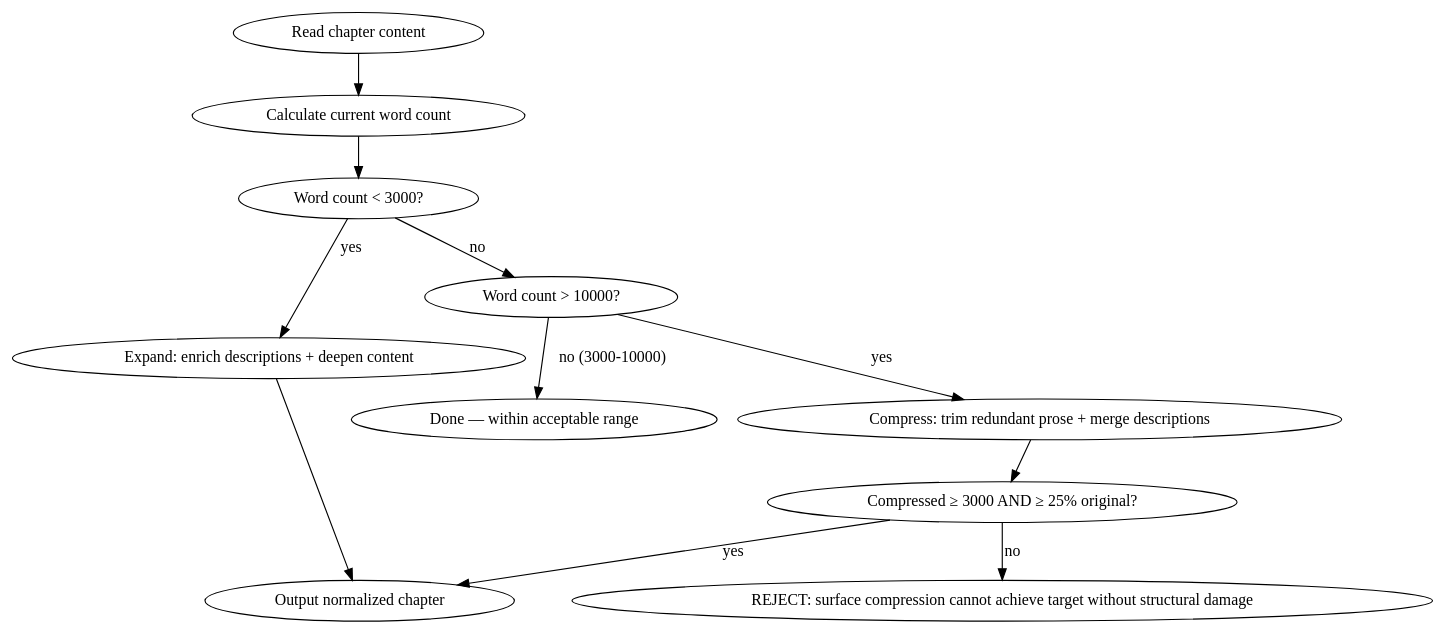
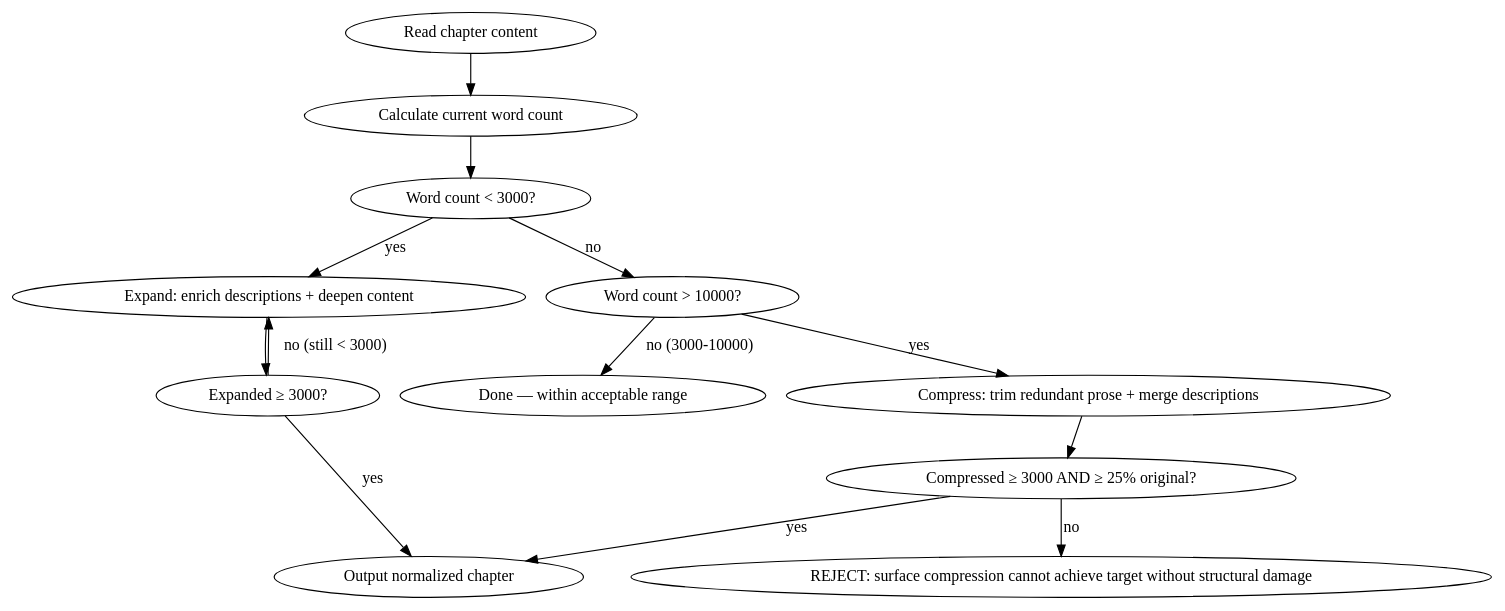
One commit to ThomasChangX/shenbi changed the diagram in skills/shenbi-length-normalizing/SKILL.md. Above: the diagram before and after it, drawn with Graphviz. The commit also changed other lines of this file and 72 other files, not shown here.

````diff
--- a/skills/shenbi-length-normalizing/SKILL.md
+++ b/skills/shenbi-length-normalizing/SKILL.md
@@ -41,14 +40,16 @@
 ```dot
 digraph length_normalizing {
     "Read chapter content" -> "Calculate current word count";
     "Calculate current word count" -> "Word count < 3000?";
     "Word count < 3000?" -> "Expand: enrich descriptions + deepen content" [label="yes"];
     "Word count < 3000?" -> "Word count > 10000?" [label="no"];
     "Word count > 10000?" -> "Done — within acceptable range" [label="no (3000-10000)"];
     "Word count > 10000?" -> "Compress: trim redundant prose + merge descriptions" [label="yes"];
-    "Expand: enrich descriptions + deepen content" -> "Output normalized chapter";
+    "Expand: enrich descriptions + deepen content" -> "Expanded ≥ 3000?";
+    "Expanded ≥ 3000?" -> "Output normalized chapter" [label="yes"];
+    "Expanded ≥ 3000?" -> "Expand: enrich descriptions + deepen content" [label="no (still < 3000)"];
     "Compress: trim redundant prose + merge descriptions" -> "Compressed ≥ 3000 AND ≥ 25% original?";
     "Compressed ≥ 3000 AND ≥ 25% original?" -> "Output normalized chapter" [label="yes"];
     "Compressed ≥ 3000 AND ≥ 25% original?" -> "REJECT: surface compression cannot achieve target without structural damage" [label="no"];
 }
 ```
````
